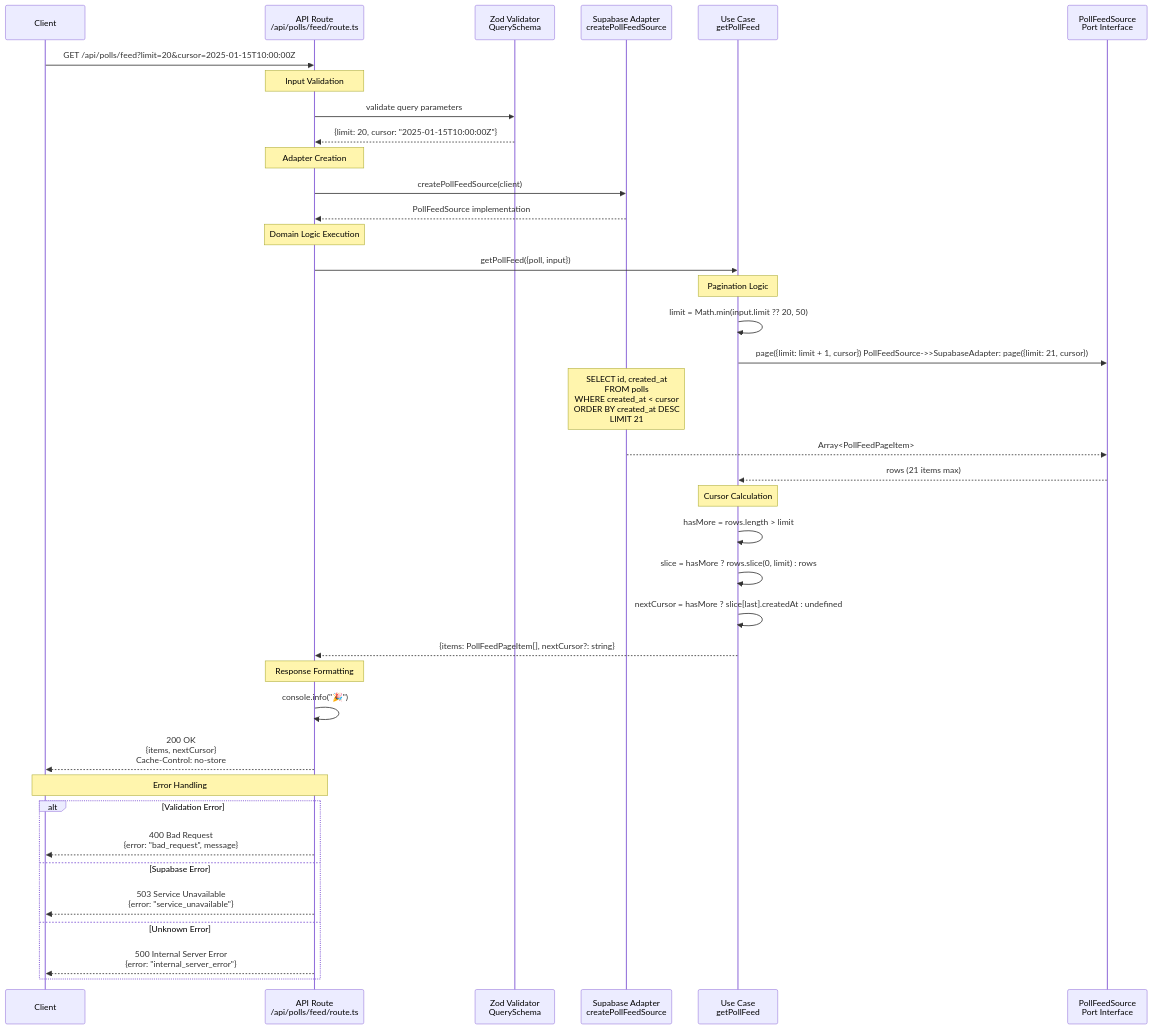
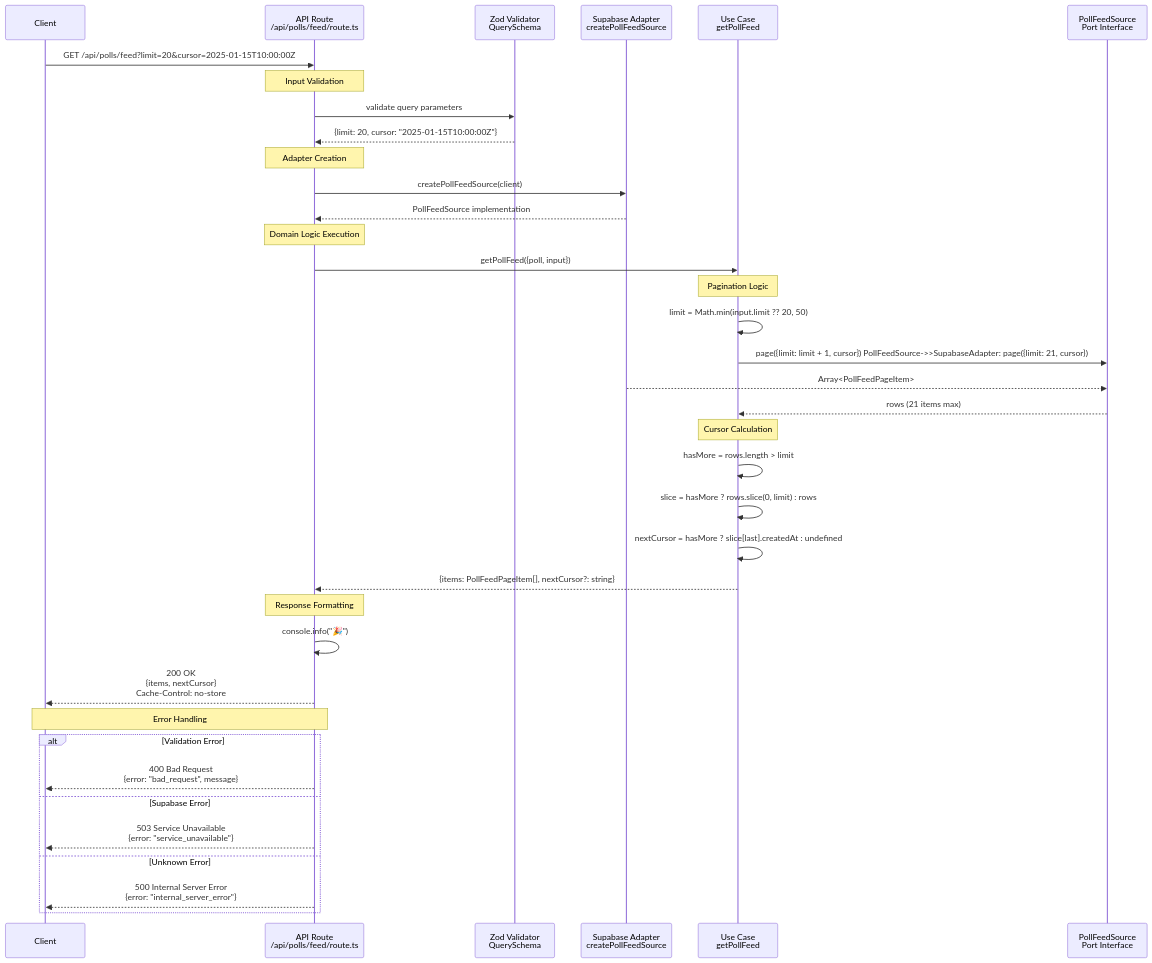
One commit to sandbox-as-a-service/directional-sentiment changed the diagram in .github/sequence-diagrams/get-poll-feed.md. Above: the diagram before and after it, drawn with Mermaid. The commit also changed 2 other files, not shown here.

Commit message:
refactor: remove unnecessary SQL notes from sequence diagrams for clarity

````diff
--- a/.github/sequence-diagrams/get-poll-feed.md
+++ b/.github/sequence-diagrams/get-poll-feed.md
@@ -5,50 +5,49 @@
 ```mermaid
 sequenceDiagram
     participant Client
     participant Route as API Route<br/>/api/polls/feed/route.ts
     participant Zod as Zod Validator<br/>QuerySchema
     participant SupabaseAdapter as Supabase Adapter<br/>createPollFeedSource
     participant UseCase as Use Case<br/>getPollFeed
     participant PollFeedSource as PollFeedSource<br/>Port Interface
 
     Client->>Route: GET /api/polls/feed?limit=20&cursor=2025-01-15T10:00:00Z
 
     Note over Route: Input Validation
     Route->>Zod: validate query parameters
     Zod-->>Route: {limit: 20, cursor: "2025-01-15T10:00:00Z"}
 
     Note over Route: Adapter Creation
     Route->>SupabaseAdapter: createPollFeedSource(client)
     SupabaseAdapter-->>Route: PollFeedSource implementation
 
     Note over Route: Domain Logic Execution
     Route->>UseCase: getPollFeed({poll, input})
 
     Note over UseCase: Pagination Logic
     UseCase->>UseCase: limit = Math.min(input.limit ?? 20, 50)
     UseCase->>PollFeedSource: page({limit: limit + 1, cursor})    PollFeedSource->>SupabaseAdapter: page({limit: 21, cursor})
-    Note over SupabaseAdapter: SELECT id, created_at<br/>FROM polls<br/>WHERE created_at < cursor<br/>ORDER BY created_at DESC<br/>LIMIT 21
     SupabaseAdapter-->>PollFeedSource: Array<PollFeedPageItem>
 
     PollFeedSource-->>UseCase: rows (21 items max)
 
     Note over UseCase: Cursor Calculation
     UseCase->>UseCase: hasMore = rows.length > limit
     UseCase->>UseCase: slice = hasMore ? rows.slice(0, limit) : rows
     UseCase->>UseCase: nextCursor = hasMore ? slice[last].createdAt : undefined
 
     UseCase-->>Route: {items: PollFeedPageItem[], nextCursor?: string}
 
     Note over Route: Response Formatting
     Route->>Route: console.info("🎉")
     Route-->>Client: 200 OK<br/>{items, nextCursor}<br/>Cache-Control: no-store
 
     Note over Route,Client: Error Handling
     alt Validation Error
         Route-->>Client: 400 Bad Request<br/>{error: "bad_request", message}
     else Supabase Error
         Route-->>Client: 503 Service Unavailable<br/>{error: "service_unavailable"}
     else Unknown Error
         Route-->>Client: 500 Internal Server Error<br/>{error: "internal_server_error"}
     end
 ```
````
